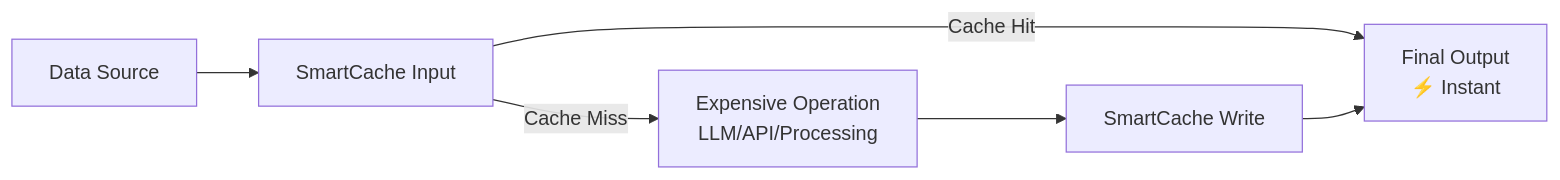
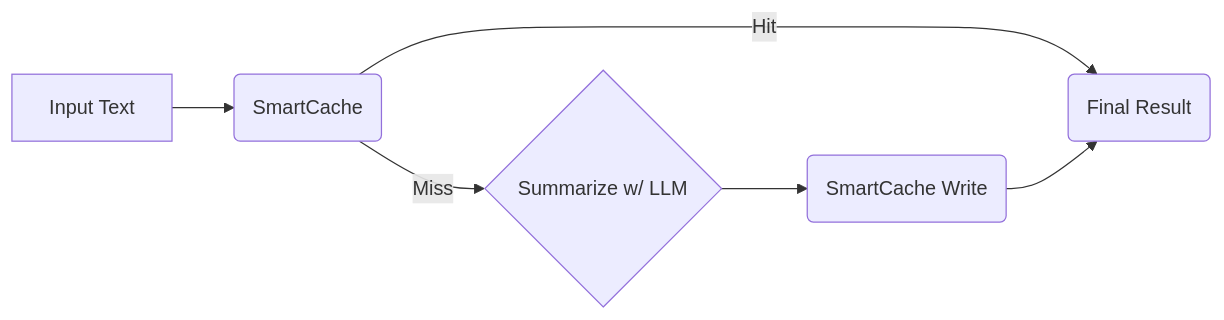
One commit to skadaai/n8n-nodes-smartcache changed the third of 5 diagrams in README.md. Above: the diagram before and after it, drawn with Mermaid. The commit also changed other lines of this file and 8 other files, not shown here.

````diff
--- a/README.md
+++ b/README.md
@@ -146,8 +149,8 @@
 ```mermaid
 graph LR
-    A[Data Source] --> B[SmartCache Input]
-    B -->|Cache Miss| C[Expensive Operation<br/>LLM/API/Processing]
-    B -->|Cache Hit| D[Final Output<br/>⚡ Instant]
-    C --> E[SmartCache Write]
-    E --> D
+    A[Input Text] --> B(SmartCache);
+    B -->|Miss| C{Summarize w/ LLM};
+    C --> D(SmartCache Write);
+    B -->|Hit| E(Final Result);
+    D --> E;
 ```
````
